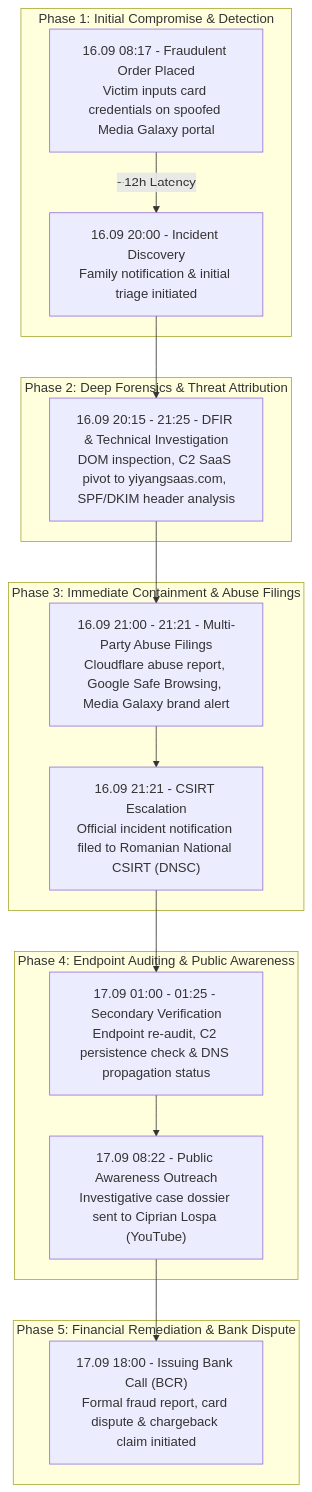
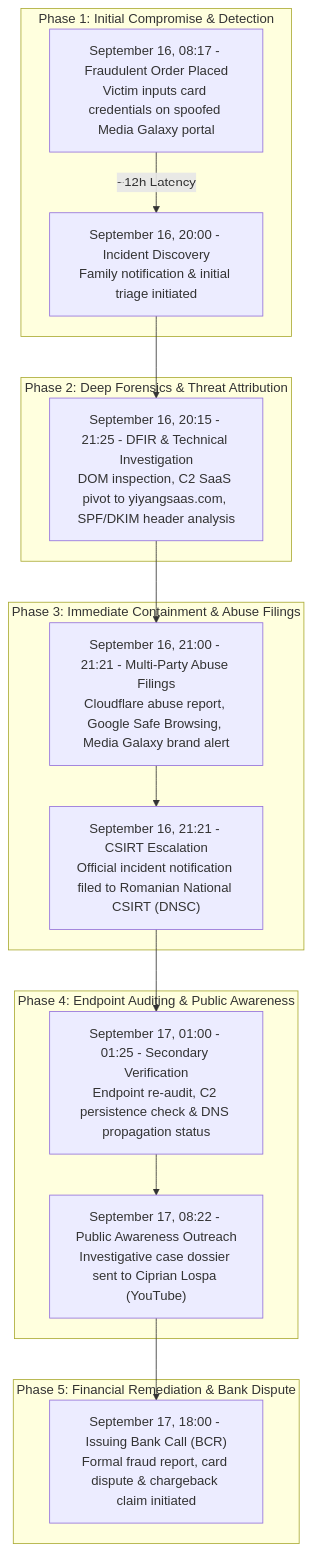
Before and after one commit to stefanutc1/infrastructure: the second of 2 diagrams in cyber/mediagalaxy-ecommerce-fraud-forensics/README.md, drawn with Mermaid. The commit also changed other lines of this file and 1 other file, not shown here.

Commit message:
docs(cyber): format incident timeline dates cleanly as September 16 and September 17

````diff
--- a/cyber/mediagalaxy-ecommerce-fraud-forensics/README.md
+++ b/cyber/mediagalaxy-ecommerce-fraud-forensics/README.md
@@ -76,32 +76,32 @@
 ```mermaid
 flowchart TD
     subgraph P1["Phase 1: Initial Compromise & Detection"]
-        A["16.09 08:17 - Fraudulent Order Placed<br/>Victim inputs card credentials on spoofed Media Galaxy portal"]
-        B["16.09 20:00 - Incident Discovery<br/>Family notification & initial triage initiated"]
+        A["September 16, 08:17 - Fraudulent Order Placed<br/>Victim inputs card credentials on spoofed Media Galaxy portal"]
+        B["September 16, 20:00 - Incident Discovery<br/>Family notification & initial triage initiated"]
         A -->|~12h Latency| B
     end
 
     subgraph P2["Phase 2: Deep Forensics & Threat Attribution"]
-        C["16.09 20:15 - 21:25 - DFIR & Technical Investigation<br/>DOM inspection, C2 SaaS pivot to yiyangsaas.com, SPF/DKIM header analysis"]
+        C["September 16, 20:15 - 21:25 - DFIR & Technical Investigation<br/>DOM inspection, C2 SaaS pivot to yiyangsaas.com, SPF/DKIM header analysis"]
         B --> C
     end
 
     subgraph P3["Phase 3: Immediate Containment & Abuse Filings"]
-        D["16.09 21:00 - 21:21 - Multi-Party Abuse Filings<br/>Cloudflare abuse report, Google Safe Browsing, Media Galaxy brand alert"]
-        E["16.09 21:21 - CSIRT Escalation<br/>Official incident notification filed to Romanian National CSIRT (DNSC)"]
+        D["September 16, 21:00 - 21:21 - Multi-Party Abuse Filings<br/>Cloudflare abuse report, Google Safe Browsing, Media Galaxy brand alert"]
+        E["September 16, 21:21 - CSIRT Escalation<br/>Official incident notification filed to Romanian National CSIRT (DNSC)"]
         C --> D
         D --> E
     end
 
     subgraph P4["Phase 4: Endpoint Auditing & Public Awareness"]
-        F["17.09 01:00 - 01:25 - Secondary Verification<br/>Endpoint re-audit, C2 persistence check & DNS propagation status"]
-        G["17.09 08:22 - Public Awareness Outreach<br/>Investigative case dossier sent to Ciprian Lospa (YouTube)"]
+        F["September 17, 01:00 - 01:25 - Secondary Verification<br/>Endpoint re-audit, C2 persistence check & DNS propagation status"]
+        G["September 17, 08:22 - Public Awareness Outreach<br/>Investigative case dossier sent to Ciprian Lospa (YouTube)"]
         E --> F
         F --> G
     end
 
     subgraph P5["Phase 5: Financial Remediation & Bank Dispute"]
-        H["17.09 18:00 - Issuing Bank Call (BCR)<br/>Formal fraud report, card dispute & chargeback claim initiated"]
+        H["September 17, 18:00 - Issuing Bank Call (BCR)<br/>Formal fraud report, card dispute & chargeback claim initiated"]
         G --> H
     end
 ```
````
